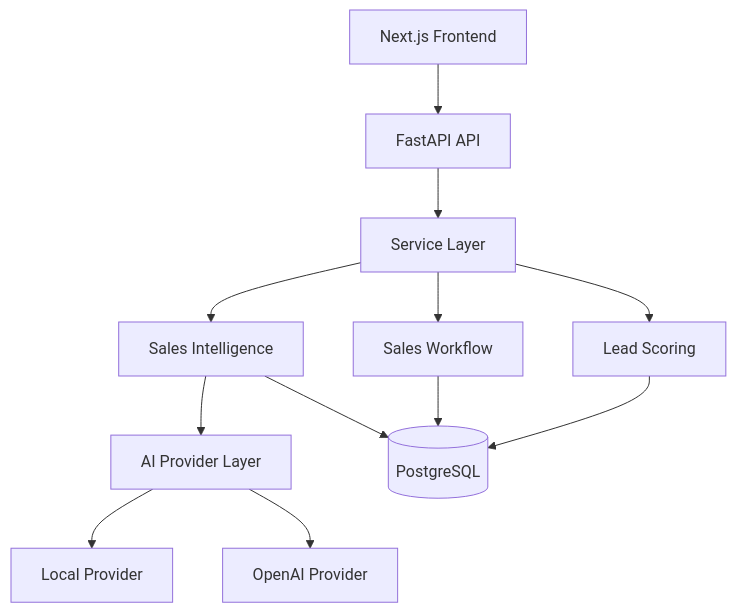
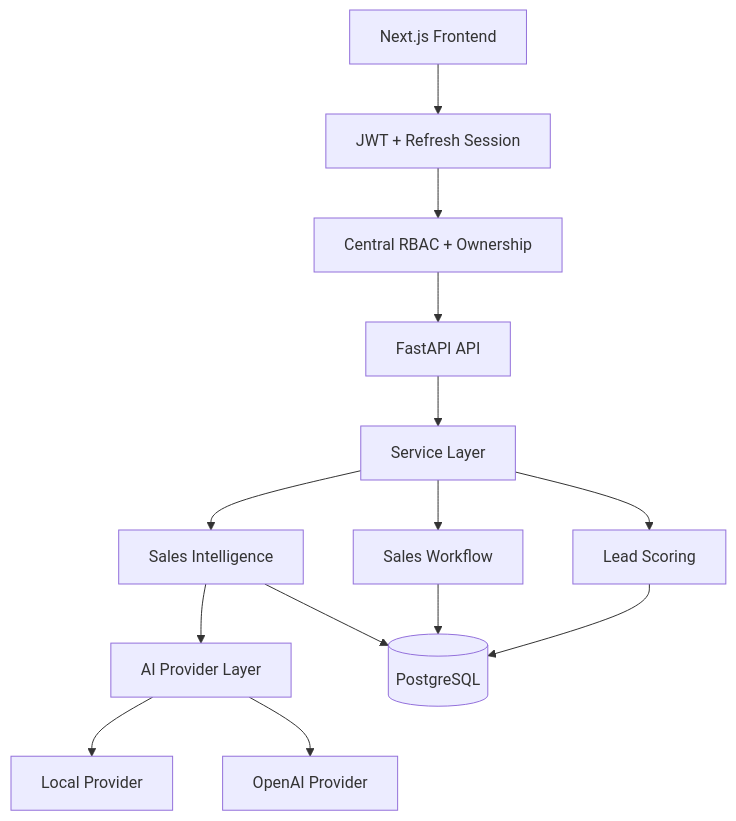
Before and after one commit to smarfaei/salesops-ai: the diagram in README.md, drawn with Mermaid. The commit also changed other lines of this file and 60 other files, not shown here.

Commit message:
feat: add authentication RBAC ownership and audit controls

````diff
--- a/README.md
+++ b/README.md
@@ -60,14 +74,16 @@
 ```mermaid
 flowchart TD
-    UI[Next.js Frontend] --> API[FastAPI API]
+    UI[Next.js Frontend] --> AUTH[JWT + Refresh Session]
+    AUTH --> RBAC[Central RBAC + Ownership]
+    RBAC --> API[FastAPI API]
     API --> SERVICES[Service Layer]
     SERVICES --> SCORE[Lead Scoring]
     SERVICES --> WORKFLOW[Sales Workflow]
     SERVICES --> INTEL[Sales Intelligence]
     INTEL --> PROVIDERS[AI Provider Layer]
     PROVIDERS --> LOCAL[Local Provider]
     PROVIDERS --> OPENAI[OpenAI Provider]
     SCORE --> DB[(PostgreSQL)]
     WORKFLOW --> DB
     INTEL --> DB
 ```
````
